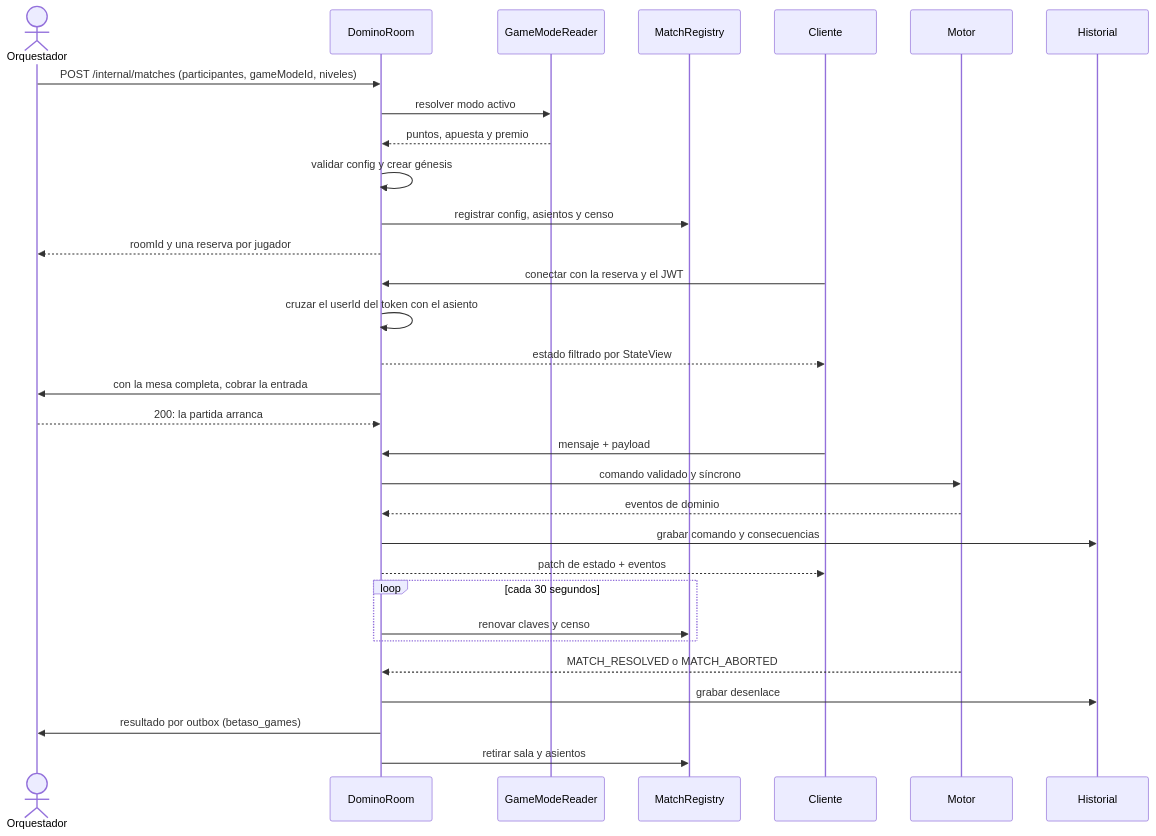
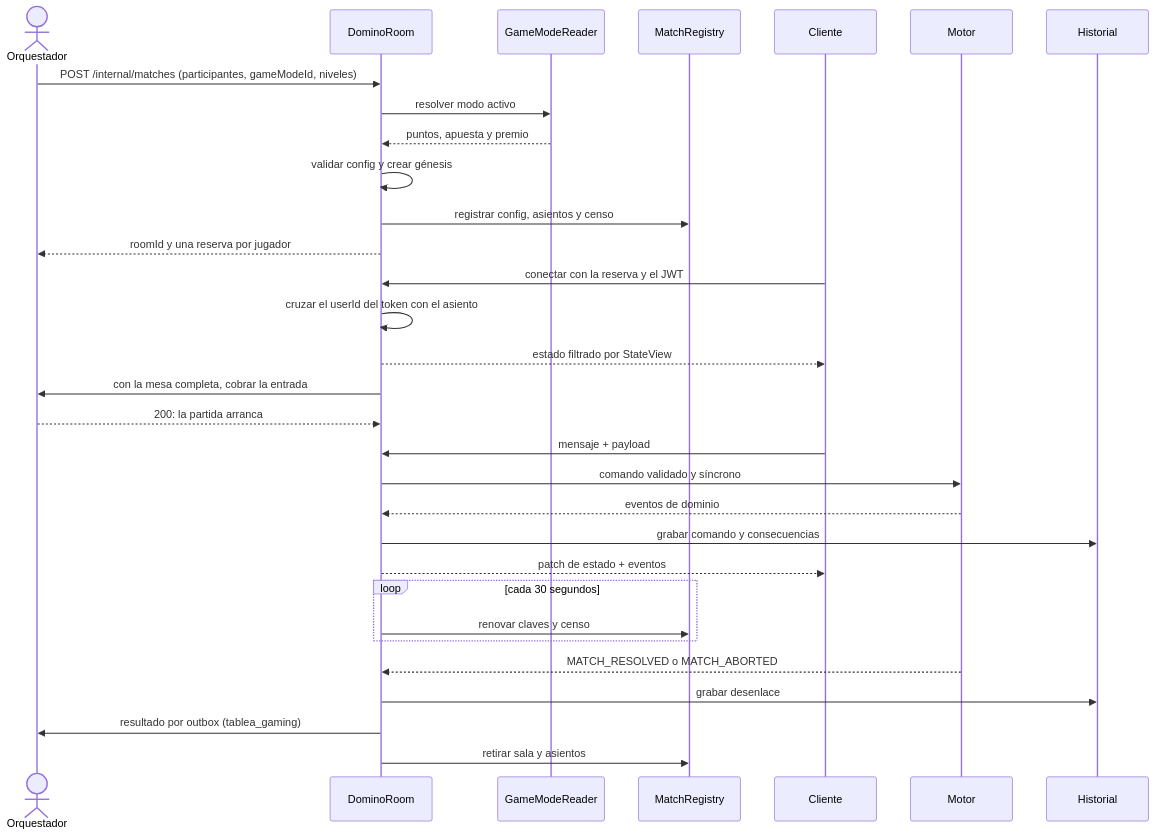
Before and after one commit to Betaso-Team/domino-backend-v2: the second of 5 diagrams in docs/arquitectura.md, drawn with Mermaid. The commit also changed other lines of this file and 44 other files, not shown here.

First line of the commit message:
chore: Betaso Games pasa a llamarse Tablea Gaming

````diff
--- a/docs/arquitectura.md
+++ b/docs/arquitectura.md
@@ -81,38 +81,38 @@
 ```mermaid
 sequenceDiagram
   actor Orch as Orquestador
   participant Room as DominoRoom
   participant Modes as GameModeReader
   participant Registry as MatchRegistry
   participant Player as Cliente
   participant Engine as Motor
   participant History as Historial
 
   Orch->>Room: POST /internal/matches (participantes, gameModeId, niveles)
   Room->>Modes: resolver modo activo
   Modes-->>Room: puntos, apuesta y premio
   Room->>Room: validar config y crear génesis
   Room->>Registry: registrar config, asientos y censo
   Room-->>Orch: roomId y una reserva por jugador
 
   Player->>Room: conectar con la reserva y el JWT
   Room->>Room: cruzar el userId del token con el asiento
   Room-->>Player: estado filtrado por StateView
   Room->>Orch: con la mesa completa, cobrar la entrada
   Orch-->>Room: 200: la partida arranca
 
   Player->>Room: mensaje + payload
   Room->>Engine: comando validado y síncrono
   Engine-->>Room: eventos de dominio
   Room->>History: grabar comando y consecuencias
   Room-->>Player: patch de estado + eventos
 
   loop cada 30 segundos
     Room->>Registry: renovar claves y censo
   end
 
   Engine-->>Room: MATCH_RESOLVED o MATCH_ABORTED
   Room->>History: grabar desenlace
-  Room->>Orch: resultado por outbox (betaso_games)
+  Room->>Orch: resultado por outbox (tablea_gaming)
   Room->>Registry: retirar sala y asientos
 ```
````
